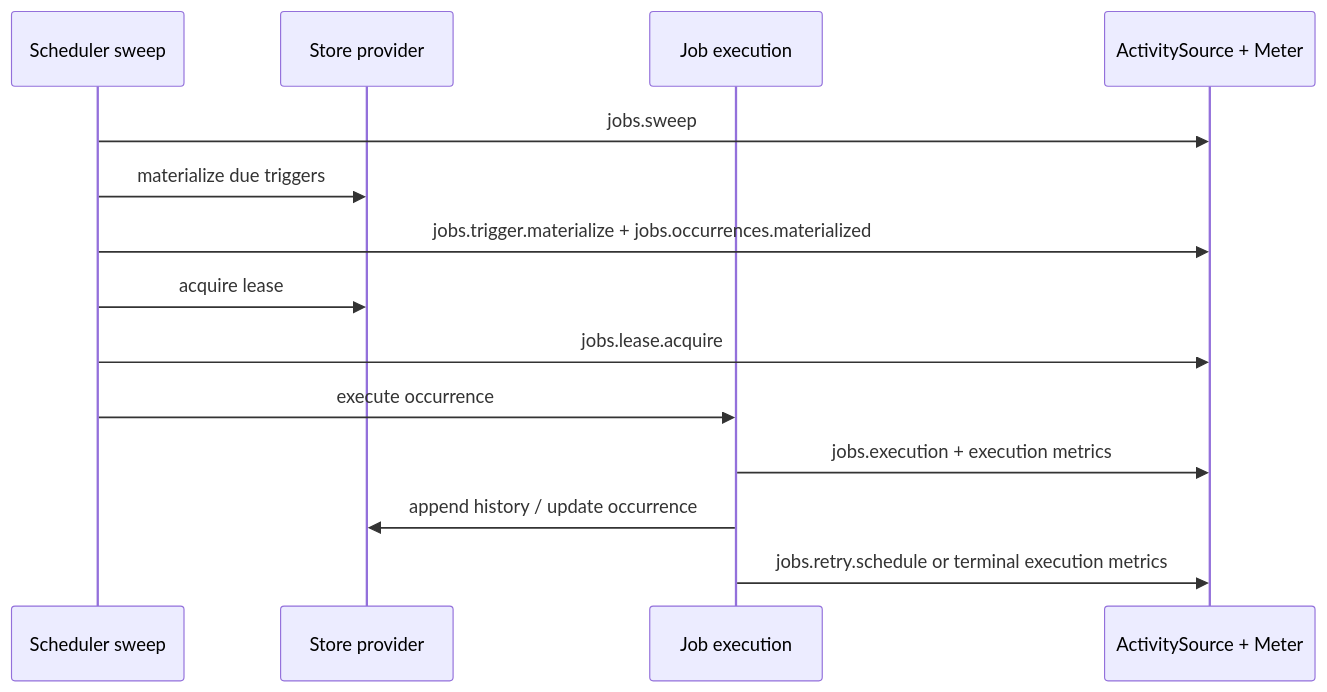
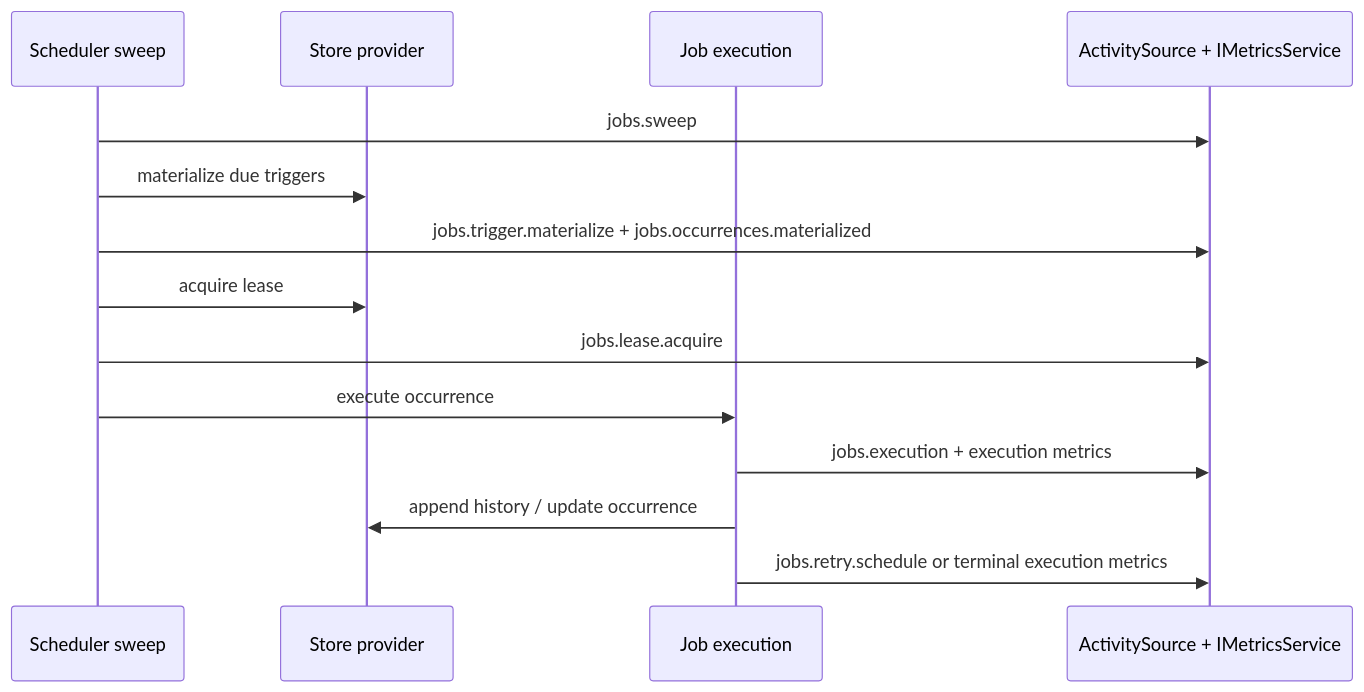
The fourth of 4 diagrams in docs/features-jobs.md (BridgingIT-GmbH/bITdevKit), drawn with Mermaid before and after one commit. The commit also changed other lines of this file and 12 other files, not shown here.

````diff
--- a/docs/features-jobs.md
+++ b/docs/features-jobs.md
@@ -1044,17 +1044,17 @@
 ```mermaid
 sequenceDiagram
     participant Sweep as Scheduler sweep
     participant Store as Store provider
     participant Job as Job execution
-    participant Telemetry as ActivitySource + Meter
+    participant Telemetry as ActivitySource + IMetricsService
 
     Sweep->>Telemetry: jobs.sweep
     Sweep->>Store: materialize due triggers
     Sweep->>Telemetry: jobs.trigger.materialize + jobs.occurrences.materialized
     Sweep->>Store: acquire lease
     Sweep->>Telemetry: jobs.lease.acquire
     Sweep->>Job: execute occurrence
     Job->>Telemetry: jobs.execution + execution metrics
     Job->>Store: append history / update occurrence
     Job->>Telemetry: jobs.retry.schedule or terminal execution metrics
 ```
````
